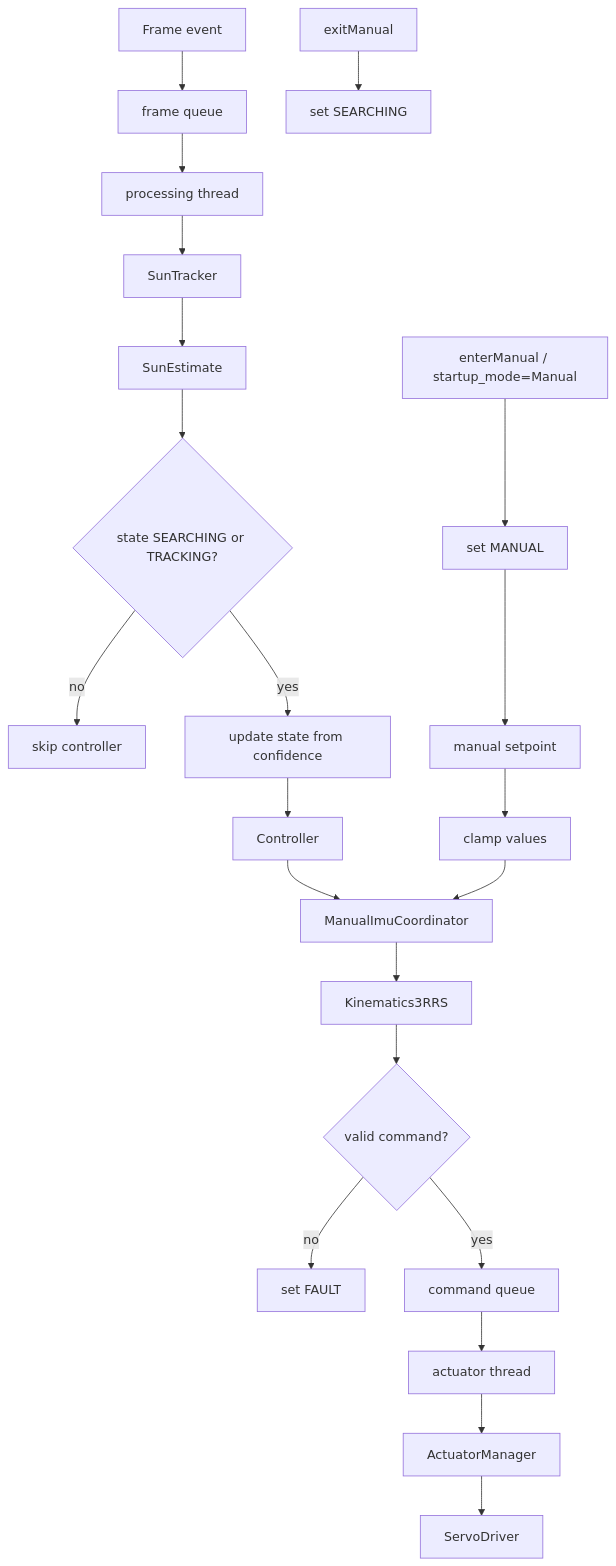
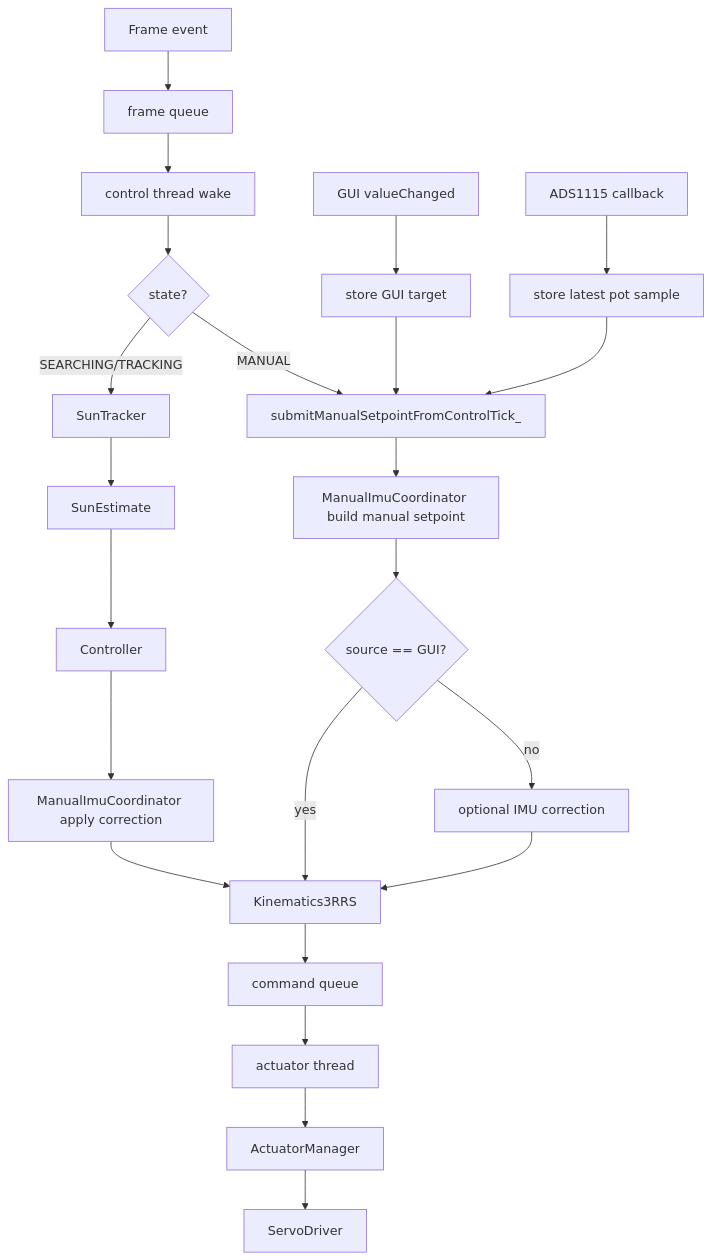
One commit to fadihalteh/sun2 changed the third of 3 diagrams in docs/state_machine.md. Above: the diagram before and after it, drawn with Mermaid. The commit also changed other lines of this file and 6 other files, not shown here.

````diff
--- a/docs/state_machine.md
+++ b/docs/state_machine.md
@@ -221,33 +218,28 @@
 ```mermaid
 flowchart TD
     A[Frame event] --> B[frame queue]
-    B --> C[processing thread]
+    B --> C[control thread wake]
 
-    C --> D[SunTracker]
-    D --> E[SunEstimate]
+    C --> D{state?}
 
-    E --> F{state SEARCHING or TRACKING?}
+    D -- SEARCHING/TRACKING --> E[SunTracker]
+    E --> F[SunEstimate]
+    F --> G[Controller]
+    G --> H[ManualImuCoordinator apply correction]
+    H --> I[Kinematics3RRS]
+    I --> J[command queue]
+    J --> K[actuator thread]
+    K --> L[ActuatorManager]
+    L --> M[ServoDriver]
 
-    F -- no --> G[skip controller]
-
-    F -- yes --> H[update state from confidence]
-    H --> I[Controller]
-
-    I --> J[ManualImuCoordinator]
-    J --> K[Kinematics3RRS]
-
-    K --> L{valid command?}
-    L -- no --> M[set FAULT]
-    L -- yes --> N[command queue]
-
-    N --> O[actuator thread]
-    O --> P[ActuatorManager]
-    P --> Q[ServoDriver]
-
-    R[enterManual / startup_mode=Manual] --> S[set MANUAL]
-    S --> T[manual setpoint]
-    T --> U[clamp values]
-    U --> J
-
-    V[exitManual] --> W[set SEARCHING]
+    D -- MANUAL --> N[submitManualSetpointFromControlTick_]
+    O[GUI valueChanged] --> P[store GUI target]
+    Q[ADS1115 callback] --> R[store latest pot sample]
+    P --> N
+    R --> N
+    N --> S[ManualImuCoordinator build manual setpoint]
+    S --> T{source == GUI?}
+    T -- yes --> I
+    T -- no --> U[optional IMU correction]
+    U --> I
 ```
````
